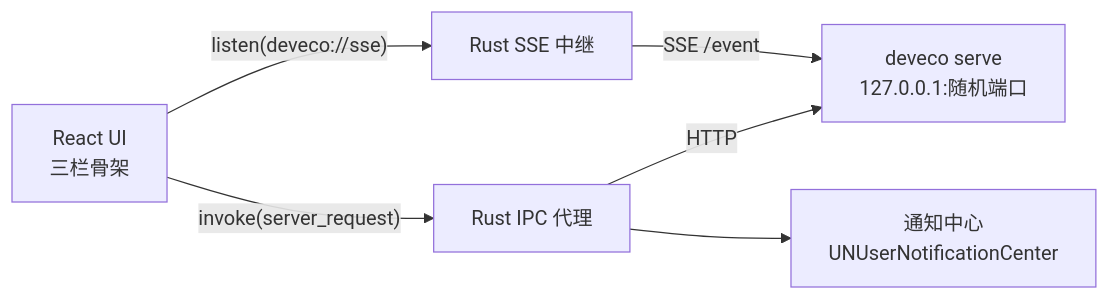
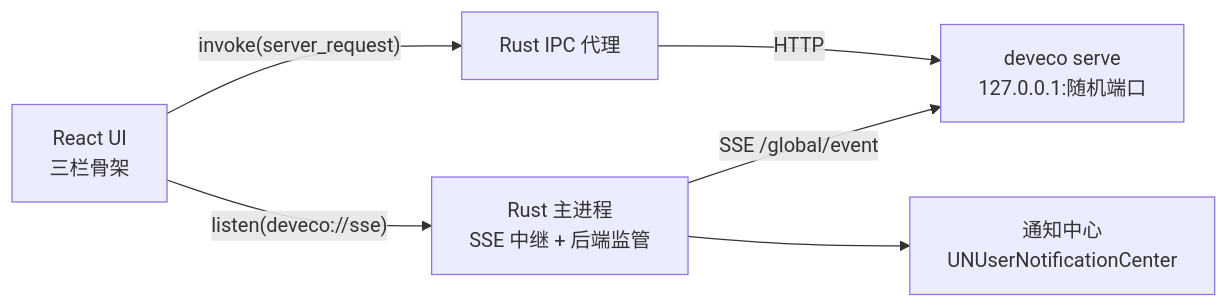
The diagram in README.md (SherlockGougou/devecocode-desktop), drawn with Mermaid before and after one commit. The commit also changed other lines of this file and 28 other files, not shown here.

````diff
--- a/README.md
+++ b/README.md
@@ -29,8 +37,8 @@
 ```mermaid
 graph LR
   UI["React UI<br/>三栏骨架"] -- "invoke(server_request)" --> IPC["Rust IPC 代理"]
-  UI -- "listen(deveco://sse)" --> EV["Rust SSE 中继"]
+  UI -- "listen(deveco://sse)" --> EV["Rust 主进程<br/>SSE 中继 + 后端监管"]
   IPC -- "HTTP" --> CLI["deveco serve<br/>127.0.0.1:随机端口"]
-  EV -- "SSE /event" --> CLI
-  IPC --> N["通知中心<br/>UNUserNotificationCenter"]
+  EV -- "SSE /global/event" --> CLI
+  EV --> N["通知中心<br/>UNUserNotificationCenter"]
 ```
````
